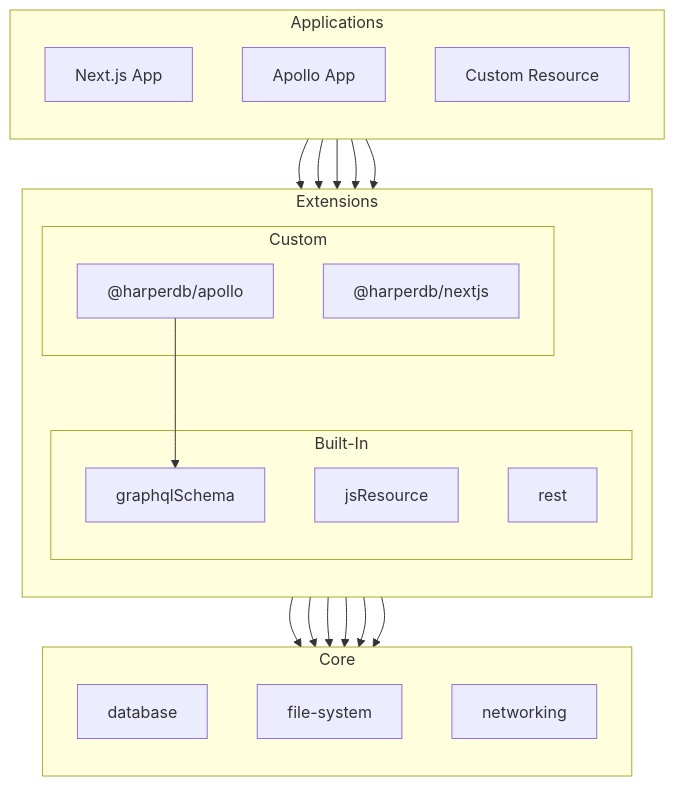
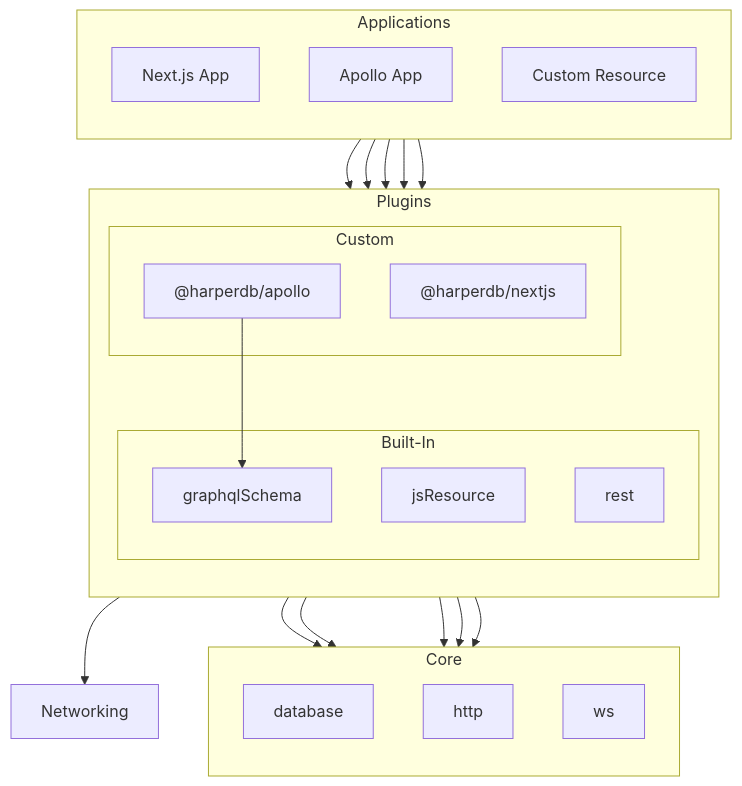
One commit to HarperDB/documentation changed the diagram in docs/developers/applications/index.md. Above: the diagram before and after it, drawn with Mermaid.

Commit message:
Update diagram to better reflect Harper architecture

````diff
--- a/docs/developers/applications/index.md
+++ b/docs/developers/applications/index.md
@@ -27,42 +27,42 @@
 ```mermaid
 flowchart TD
 	subgraph Applications
 		direction TB
 		NextJSApp["Next.js App"]
 		ApolloApp["Apollo App"]
 		CustomResource["Custom Resource"]
 	end
 
-	subgraph Extensions
+	subgraph Plugins
 		direction TB
 		subgraph Custom
 			NextjsExt["@harperdb/nextjs"]
 			ApolloExt["@harperdb/apollo"]
 		end
 		subgraph Built-In
 			GraphqlSchema["graphqlSchema"]
 			JsResource["jsResource"]
 			Rest["rest"]
 		end
 	end
 
 	subgraph Core
 		direction TB
 		Database["database"]
-		FileSystem["file-system"]
-		Networking["networking"]
+		HTTP["http"]
+		WebSockets["ws"]
 	end
 
 	NextJSApp --> NextjsExt
 	ApolloApp --> ApolloExt
 	CustomResource --> JsResource & GraphqlSchema & Rest
 
-	NextjsExt --> Networking
-	NextjsExt --> FileSystem
+	NextjsExt --> HTTP
+	NextjsExt --> WebSockets
 	ApolloExt --> GraphqlSchema
 	ApolloExt --> Networking
 
 	GraphqlSchema --> Database
 	JsResource --> Database
-	Rest --> Networking
+	Rest --> HTTP
 ```
````
